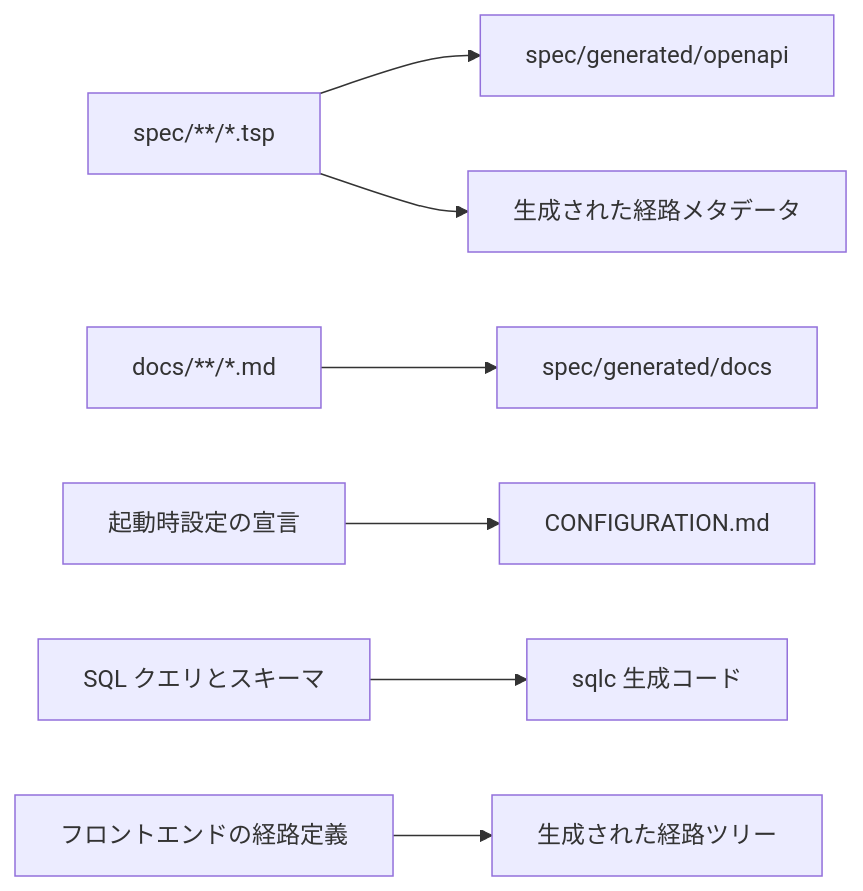
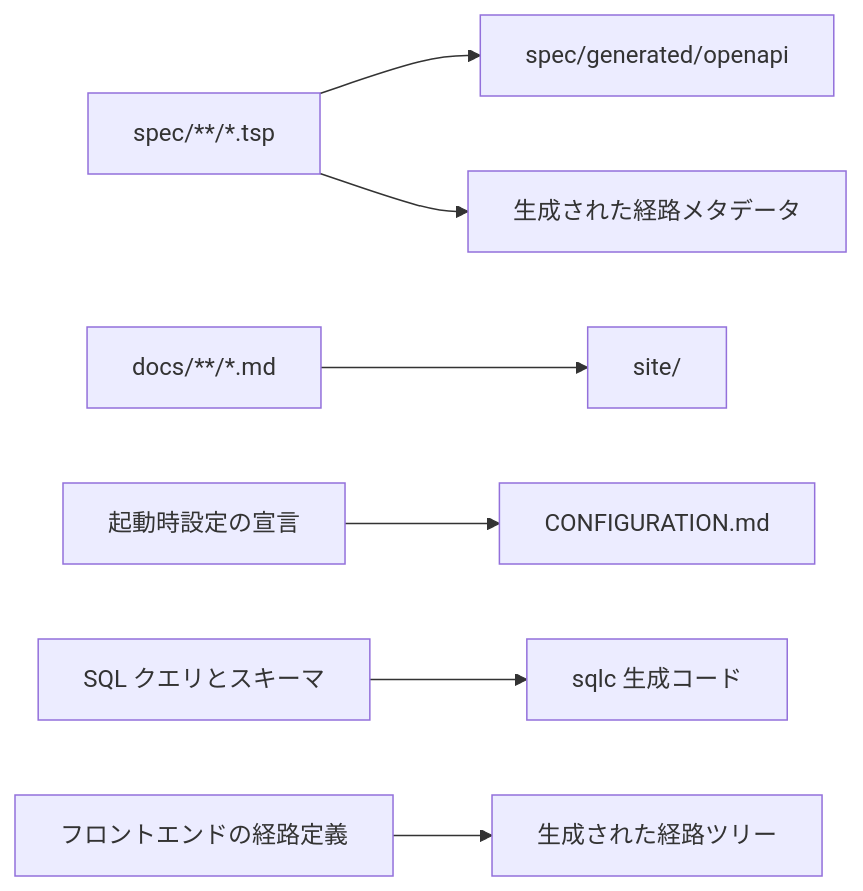
The diagram in docs/development/local-development.md (ambi/idmagic), drawn with Mermaid before and after one commit. The commit also changed other lines of this file and 13 other files, not shown here.

First line of the commit message:
docs(site): reorganize generated documentation entrypoint

````diff
--- a/docs/development/local-development.md
+++ b/docs/development/local-development.md
@@ -79,9 +79,9 @@
 ```mermaid
 flowchart LR
   TypeSpec[spec/**/*.tsp] --> OpenAPI[spec/generated/openapi]
   TypeSpec --> Contract[生成された経路メタデータ]
-  Canonical[docs/**/*.md] --> Site[spec/generated/docs]
+  Canonical[docs/**/*.md] --> Site[site/]
   Config[起動時設定の宣言] --> ConfigReference[CONFIGURATION.md]
   SQL[SQL クエリとスキーマ] --> SQLC[sqlc 生成コード]
   Routes[フロントエンドの経路定義] --> RouteTree[生成された経路ツリー]
 ```
````
